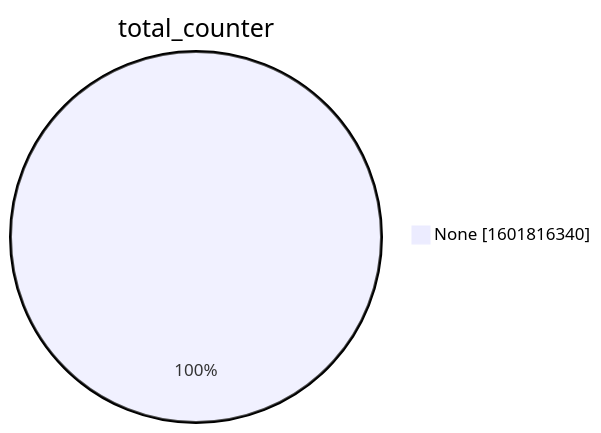
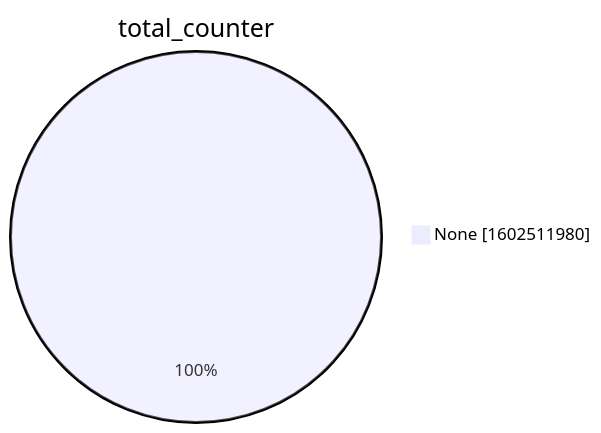
The second of 15 diagrams in xenon2022/README.md (christiankrug/ctmonitor_visualization), drawn with Mermaid before and after one commit. The commit also changed other lines of this file, not shown here.

````diff
--- a/xenon2022/README.md
+++ b/xenon2022/README.md
@@ -9,5 +9,5 @@
 ```mermaid
 pie showData
 title total_counter
-"None" :1601816340
+"None" :1602511980
 ```
````
